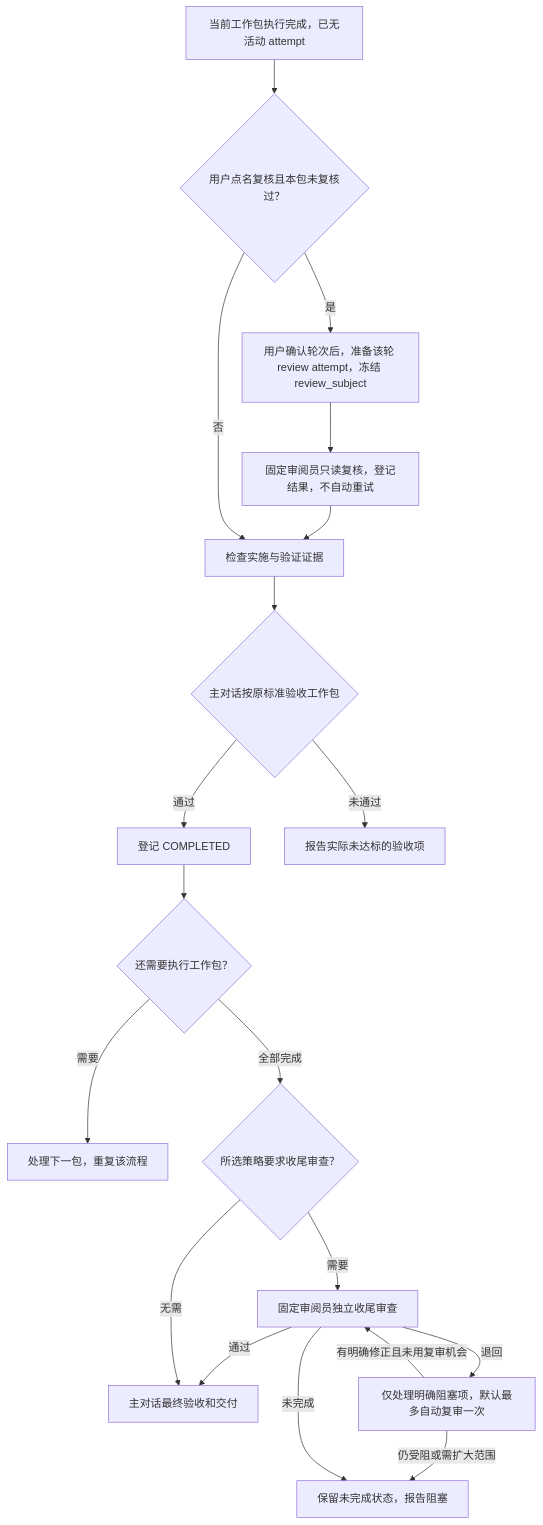
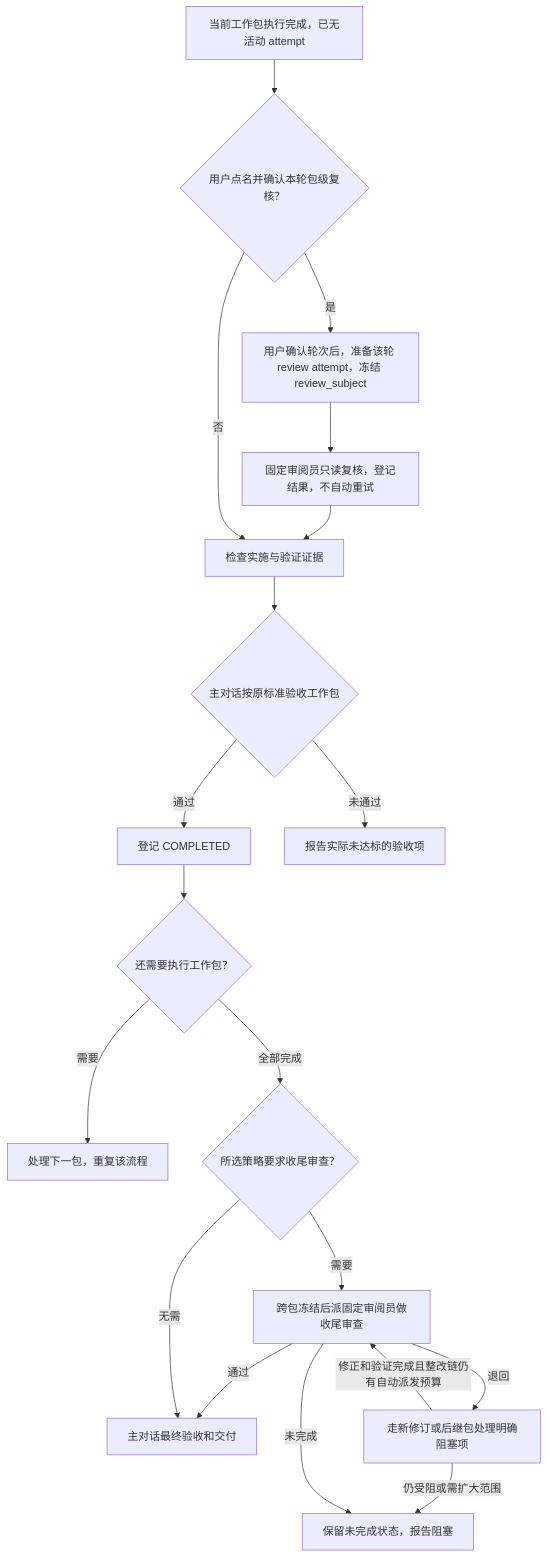
The third of 4 diagrams in README.md (jinsc123654/single-conversation-subagent-skill), drawn with Mermaid before and after one commit. The commit also changed other lines of this file and 31 other files, not shown here.

````diff
--- a/README.md
+++ b/README.md
@@ -77,21 +77,21 @@
 ```mermaid
 flowchart TD
-  Done["当前工作包执行完成，已无活动 attempt"] --> Requested{"用户点名复核且本包未复核过？"}
+  Done["当前工作包执行完成，已无活动 attempt"] --> Requested{"用户点名并确认本轮包级复核？"}
   Requested -->|是| Snapshot["用户确认轮次后，准备该轮 review attempt，冻结 review_subject"]
   Snapshot --> Reviewer["固定审阅员只读复核，登记结果，不自动重试"]
   Reviewer --> Ready["检查实施与验证证据"]
   Requested -->|否| Ready
   Ready --> Accept{"主对话按原标准验收工作包"}
   Accept -->|通过| Package["登记 COMPLETED"]
   Accept -->|未通过| Block["报告实际未达标的验收项"]
   Package --> More{"还需要执行工作包？"}
   More -->|需要| Continue["处理下一包，重复该流程"]
   More -->|全部完成| Closing{"所选策略要求收尾审查？"}
-  Closing -->|需要| Final["固定审阅员独立收尾审查"]
+  Closing -->|需要| Final["跨包冻结后派固定审阅员做收尾审查"]
   Final -->|通过| Deliver["主对话最终验收和交付"]
-  Final -->|退回| FinalFix["仅处理明确阻塞项，默认最多自动复审一次"]
-  FinalFix -->|有明确修正且未用复审机会| Final
+  Final -->|退回| FinalFix["走新修订或后继包处理明确阻塞项"]
+  FinalFix -->|修正和验证完成且整改链仍有自动派发预算| Final
   FinalFix -->|仍受阻或需扩大范围| FinalBlock
   Final -->|未完成| FinalBlock["保留未完成状态，报告阻塞"]
   Closing -->|无需| Deliver
 ```
````
